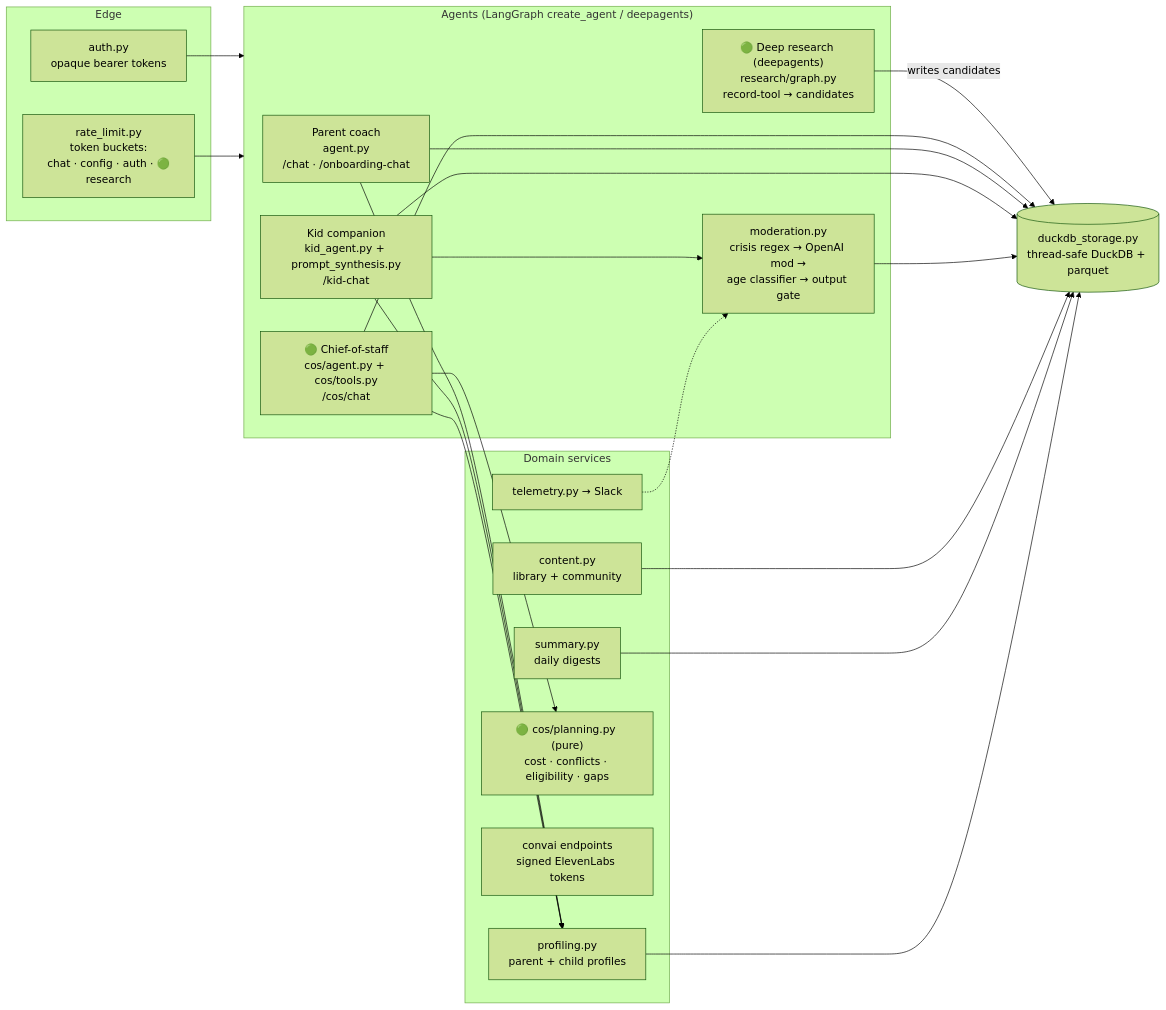
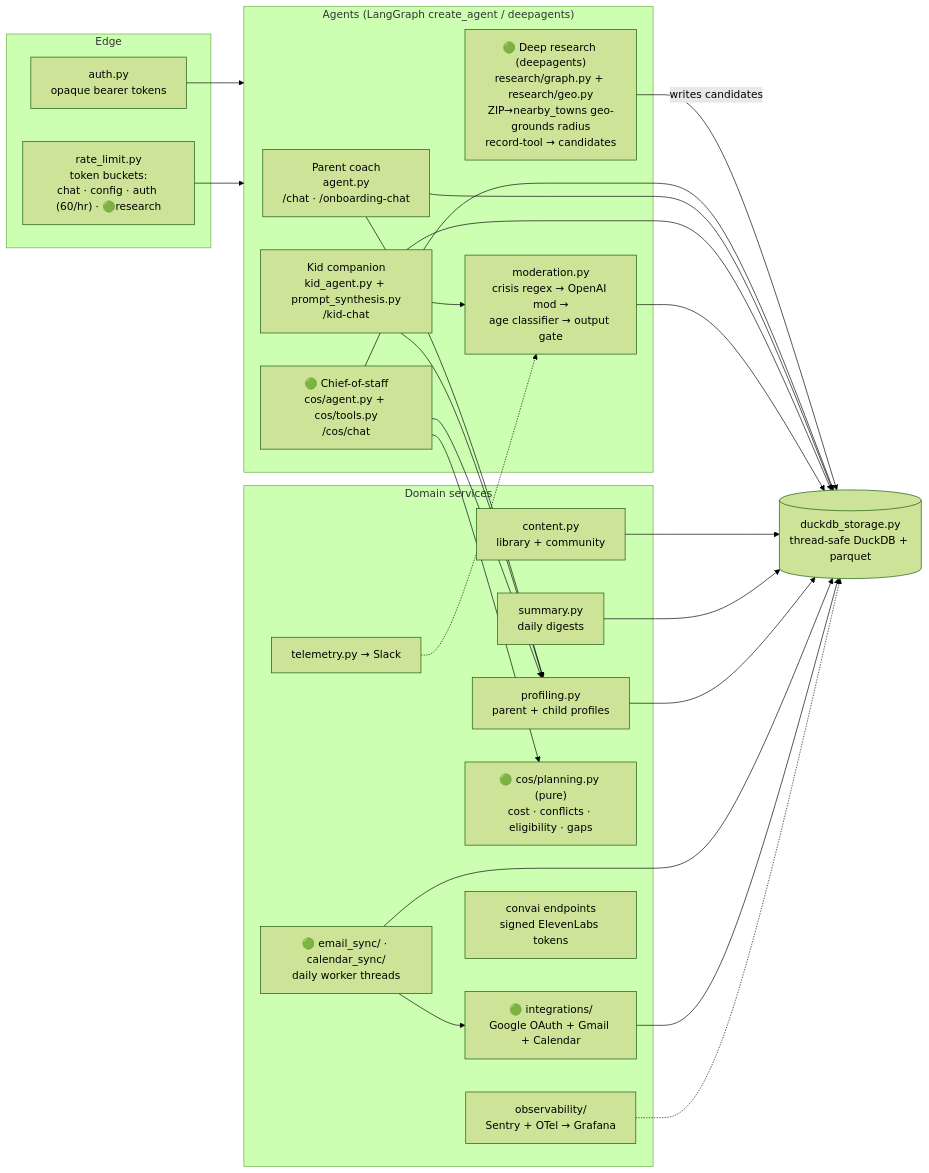
Before and after one commit to artesanobuilds/parent-app: the second of 6 diagrams in docs/system-architecture.md, drawn with Mermaid (forest theme). The commit also changed other lines of this file and 1 other file, not shown here.

First line of the commit message:
docs: refresh roadmap + system-architecture to shipped/deployed state

````diff
--- a/docs/system-architecture.md
+++ b/docs/system-architecture.md
@@ -63,43 +64,50 @@
 ```mermaid
 flowchart LR
     subgraph Edge["Edge"]
         AUTH["auth.py<br/>opaque bearer tokens"]
-        RL["rate_limit.py<br/>token buckets:<br/>chat · config · auth · 🟢research"]
+        RL["rate_limit.py<br/>token buckets:<br/>chat · config · auth (60/hr) · 🟢research"]
     end
 
     subgraph Agents["Agents (LangGraph create_agent / deepagents)"]
         COACH["Parent coach<br/>agent.py<br/>/chat · /onboarding-chat"]
         KID["Kid companion<br/>kid_agent.py + prompt_synthesis.py<br/>/kid-chat"]
         MOD["moderation.py<br/>crisis regex → OpenAI mod →<br/>age classifier → output gate"]
         COS["🟢 Chief-of-staff<br/>cos/agent.py + cos/tools.py<br/>/cos/chat"]
-        RESEARCH["🟢 Deep research (deepagents)<br/>research/graph.py<br/>record-tool → candidates"]
+        RESEARCH["🟢 Deep research (deepagents)<br/>research/graph.py + research/geo.py<br/>ZIP→nearby_towns geo-grounds radius<br/>record-tool → candidates"]
     end
 
     subgraph Services["Domain services"]
         PROF["profiling.py<br/>parent + child profiles"]
         CONTENT["content.py<br/>library + community"]
         SUMM["summary.py<br/>daily digests"]
         PLAN["🟢 cos/planning.py (pure)<br/>cost · conflicts · eligibility · gaps"]
+        INTEG["🟢 integrations/<br/>Google OAuth + Gmail + Calendar"]
+        SYNC["🟢 email_sync/ · calendar_sync/<br/>daily worker threads"]
         VOICE["convai endpoints<br/>signed ElevenLabs tokens"]
+        OBS["observability/<br/>Sentry + OTel → Grafana"]
         TEL["telemetry.py → Slack"]
     end
 
     STORE[("duckdb_storage.py<br/>thread-safe DuckDB + parquet")]
 
     AUTH --> Agents
     RL --> Agents
     KID --> MOD
     COACH --> PROF
     KID --> PROF
     COS --> PLAN
     COS --> PROF
     RESEARCH -->|"writes candidates"| STORE
     COS --> STORE
     COACH --> STORE
     KID --> STORE
     MOD --> STORE
     CONTENT --> STORE
     SUMM --> STORE
     PROF --> STORE
+    SYNC --> INTEG
+    SYNC --> STORE
+    INTEG --> STORE
     TEL -.-> MOD
+    OBS -.-> STORE
 ```
````
